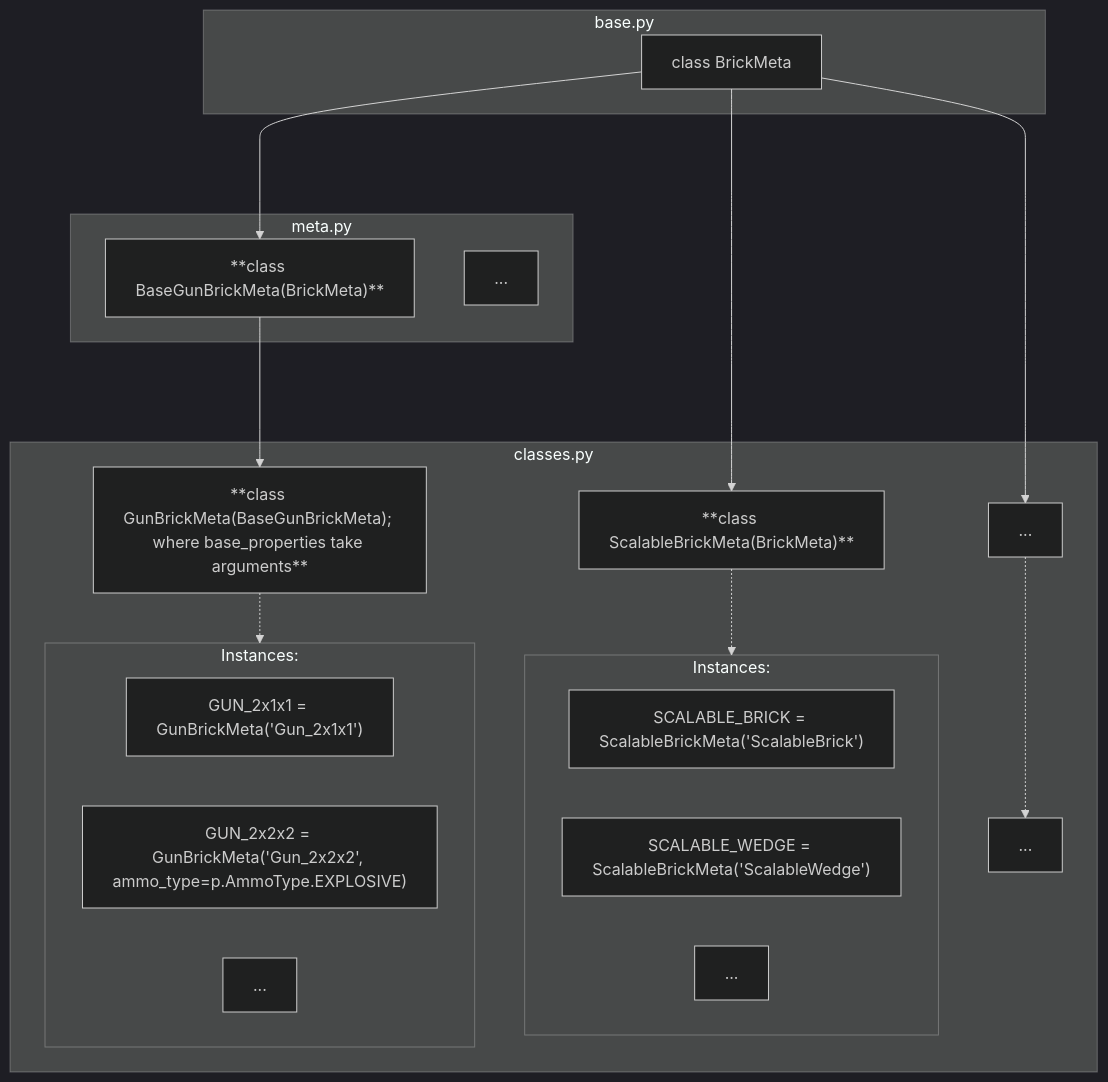
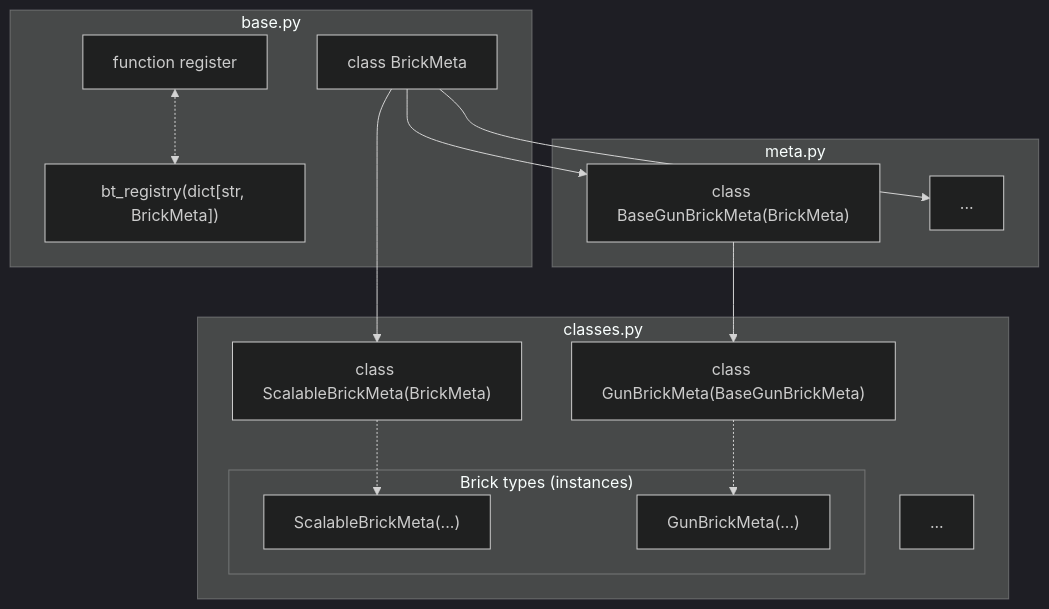
The diagram in doc/bt.md (MrPerruche/BrickEdit), drawn with Mermaid (dark theme) before and after one commit. The commit also changed other lines of this file and 7 other files, not shown here.

````diff
--- a/doc/bt.md
+++ b/doc/bt.md
@@ -24,37 +18,41 @@
 ```mermaid
 flowchart TB
-    subgraph BASE[base.py]
+
+    %% BASE
+    subgraph BASE["base.py"]
         META["class BrickMeta"]
+        REG["function register"]
+        REG_VAR["bt_registry(dict[str, BrickMeta])"]
     end
-    subgraph METAPY[meta.py]
-        CEM2["**class BaseGunBrickMeta(BrickMeta)**"]
-        CEM3["..."]
+
+    REG <-.-> REG_VAR
+
+    %% META LAYER
+    subgraph META_PY["meta.py"]
+        BGUN["class BaseGunBrickMeta(BrickMeta)"]
+        OTHERMETA["..."]
     end
-    subgraph CLASSES[classes.py]
 
-        %% CLASSES
-        CE1["**class ScalableBrickMeta(BrickMeta)**"]
-        CE2["**class GunBrickMeta(BaseGunBrickMeta); where base_properties take arguments**"]
-        CE3["..."]
+    META --> BGUN & OTHERMETA
+
+    %% BRICK CLASSES
+    subgraph CLASSES["classes.py"]
+
+        SCALE_META["class ScalableBrickMeta(BrickMeta)"]
+        GUN_META["class GunBrickMeta(BaseGunBrickMeta)"]
+        OTHER["..."]
 
         %% INSTANCES
-        subgraph CE1T["Instances:"]
-            CE1T1["SCALABLE_BRICK = ScalableBrickMeta('ScalableBrick')"]
-            CE1T2["SCALABLE_WEDGE = ScalableBrickMeta('ScalableWedge')"]
-            CE1T3["..."]
+        subgraph INSTANCES["Brick types (instances)"]
+            SCALE_I["ScalableBrickMeta(...)"]
+            GUN_I["GunBrickMeta(...)"]
         end
-        subgraph CE2T["Instances:"]
-            CE2T1["GUN_2x1x1 = GunBrickMeta('Gun_2x1x1')"]
-            CE2T2["GUN_2x2x2 = GunBrickMeta('Gun_2x2x2', ammo_type=p.AmmoType.EXPLOSIVE)"]
-            CE2T3["..."]
-        end
-        CE3T["..."]
-        
+
+        SCALE_META -.-> SCALE_I
+        GUN_META -.-> GUN_I
     end
 
-    META ---> CE1 & CEM2 & CE3
-    CEM2 ---> CE2
-    CE1 -.-> CE1T
-    CE2 -.-> CE2T
-    CE3 -.-> CE3T
+    META --> SCALE_META
+    BGUN --> GUN_META
+
 ```
````
